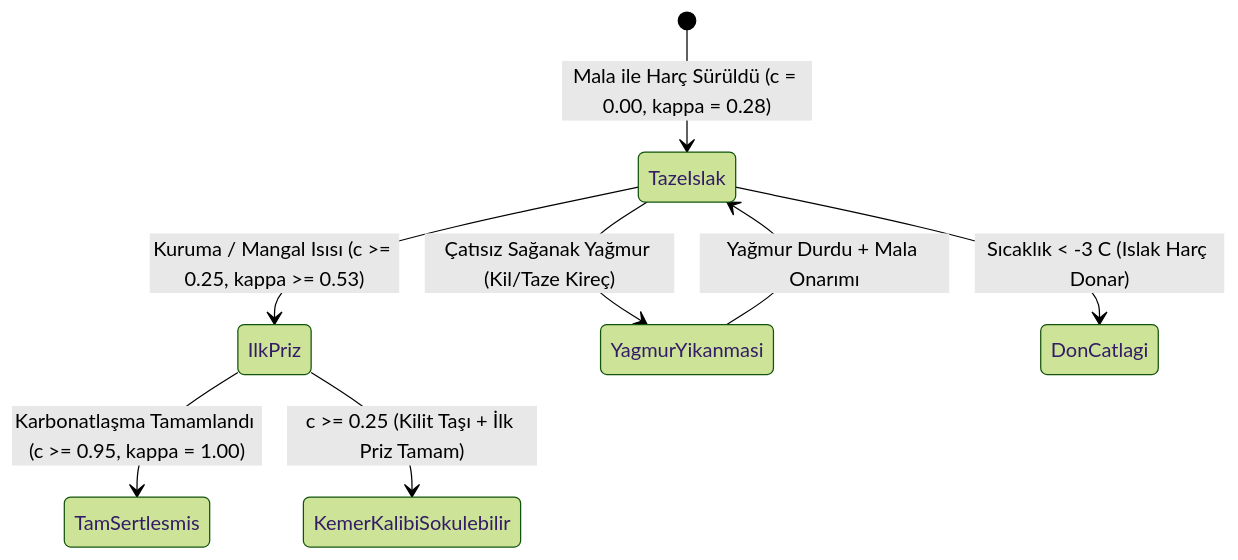
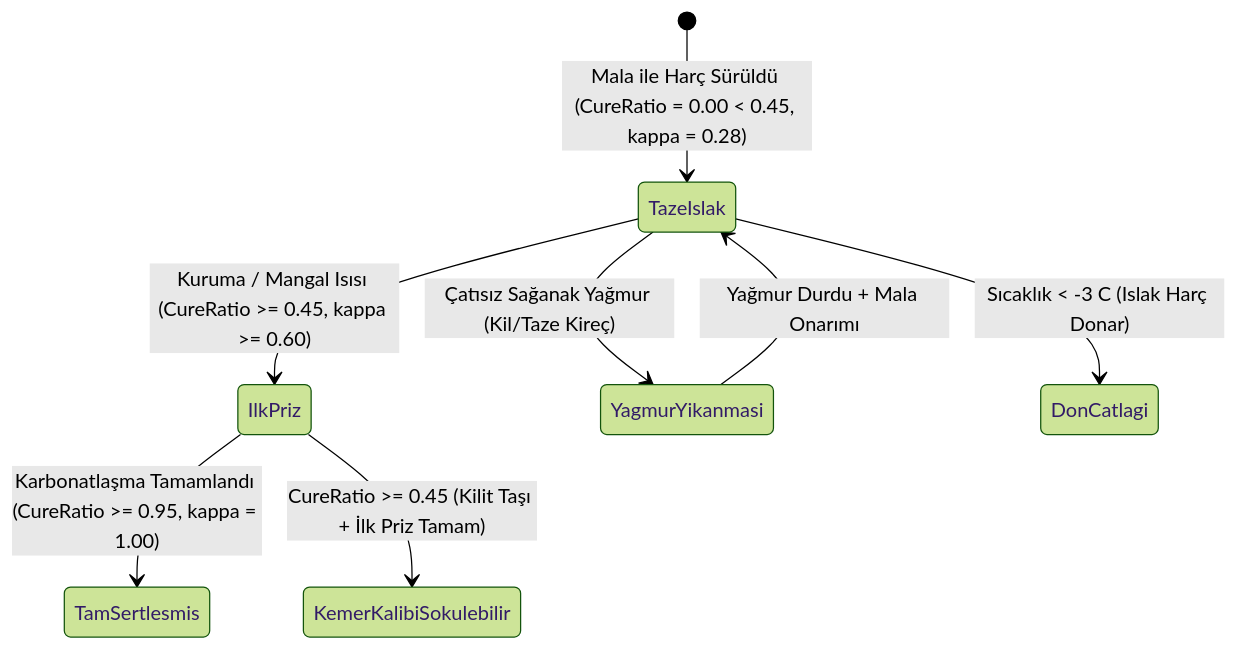
One commit to Muhammed-KRM/VoxelGame changed the third of 5 diagrams in docs/gercekci-insaat-ve-mimari-sistemi/DOK4_YAPISAL_FIZIK_STATIK_VE_PERFORMANS.md. Above: the diagram before and after it, drawn with Mermaid (forest theme). The commit also changed other lines of this file and 6 other files, not shown here.

````diff
--- a/docs/gercekci-insaat-ve-mimari-sistemi/DOK4_YAPISAL_FIZIK_STATIK_VE_PERFORMANS.md
+++ b/docs/gercekci-insaat-ve-mimari-sistemi/DOK4_YAPISAL_FIZIK_STATIK_VE_PERFORMANS.md
@@ -451,10 +460,10 @@
 ```mermaid
 stateDiagram-v2
-    [*] --> TazeIslak: Mala ile Harç Sürüldü (c = 0.00, kappa = 0.28)
-    TazeIslak --> IlkPriz: Kuruma / Mangal Isısı (c >= 0.25, kappa >= 0.53)
+    [*] --> TazeIslak: Mala ile Harç Sürüldü (CureRatio = 0.00 < 0.45, kappa = 0.28)
+    TazeIslak --> IlkPriz: Kuruma / Mangal Isısı (CureRatio >= 0.45, kappa >= 0.60)
     TazeIslak --> YagmurYikanmasi: Çatısız Sağanak Yağmur (Kil/Taze Kireç)
     TazeIslak --> DonCatlagi: Sıcaklık < -3 C (Islak Harç Donar)
     YagmurYikanmasi --> TazeIslak: Yağmur Durdu + Mala Onarımı
-    IlkPriz --> TamSertlesmis: Karbonatlaşma Tamamlandı (c >= 0.95, kappa = 1.00)
-    IlkPriz --> KemerKalibiSokulebilir: c >= 0.25 (Kilit Taşı + İlk Priz Tamam)
+    IlkPriz --> TamSertlesmis: Karbonatlaşma Tamamlandı (CureRatio >= 0.95, kappa = 1.00)
+    IlkPriz --> KemerKalibiSokulebilir: CureRatio >= 0.45 (Kilit Taşı + İlk Priz Tamam)
 ```
````
